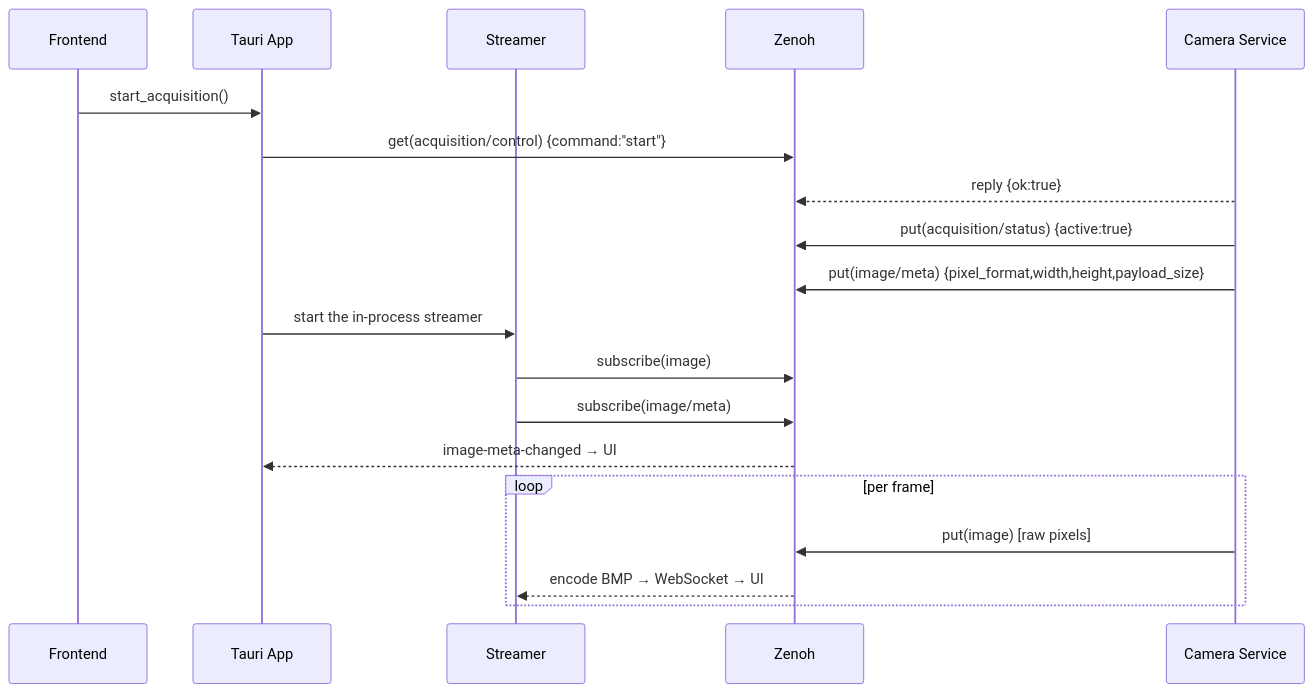
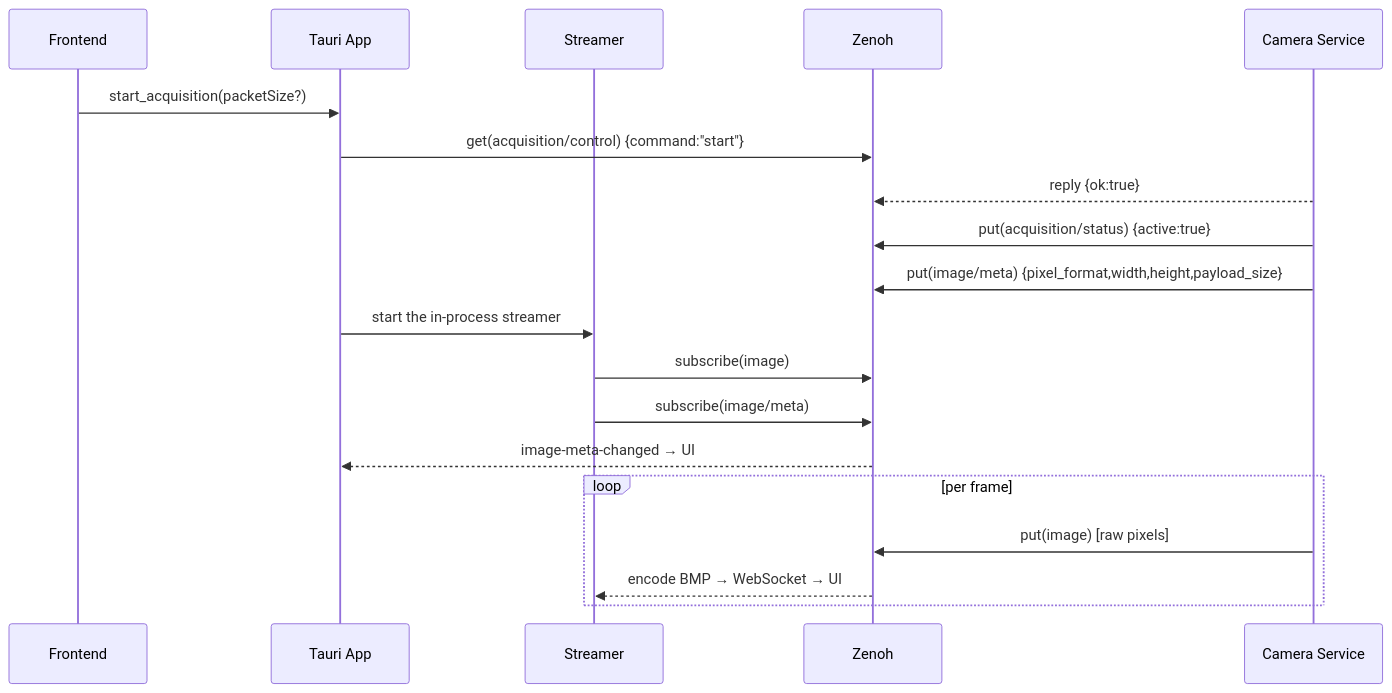
The second of 2 diagrams in docs/studio/zenoh-api.md (VitalyVorobyev/viva-genicam), drawn with Mermaid before and after one commit. The commit also changed other lines of this file and 27 other files, not shown here.

First line of the commit message:
Studio: one frame encoder, camera I/O off the runtime, a packet size per camera (ST-31, ST-32, ST-22, ST-17) (#173)

````diff
--- a/docs/studio/zenoh-api.md
+++ b/docs/studio/zenoh-api.md
@@ -400,22 +401,22 @@
 ```mermaid
 sequenceDiagram
     participant UI as Frontend
     participant App as Tauri App
     participant Str as Streamer
     participant Z as Zenoh
     participant Svc as Camera Service
 
-    UI->>App: start_acquisition()
+    UI->>App: start_acquisition(packetSize?)
     App->>Z: get(acquisition/control) {command:"start"}
     Svc-->>Z: reply {ok:true}
     Svc->>Z: put(acquisition/status) {active:true}
     Svc->>Z: put(image/meta) {pixel_format,width,height,payload_size}
     App->>Str: start the in-process streamer
     Str->>Z: subscribe(image)
     Str->>Z: subscribe(image/meta)
     Z-->>App: image-meta-changed → UI
     loop per frame
         Svc->>Z: put(image) [raw pixels]
         Z-->>Str: encode BMP → WebSocket → UI
     end
 ```
````
